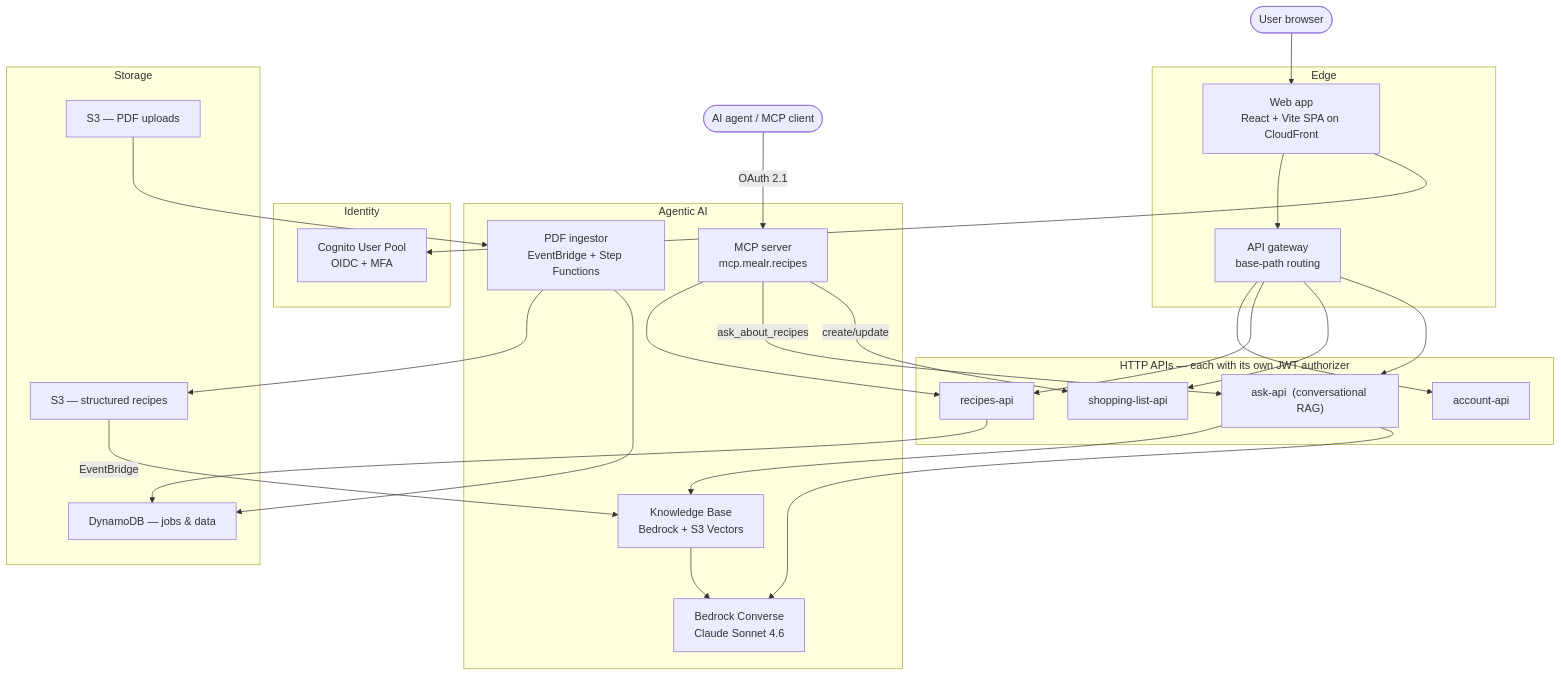
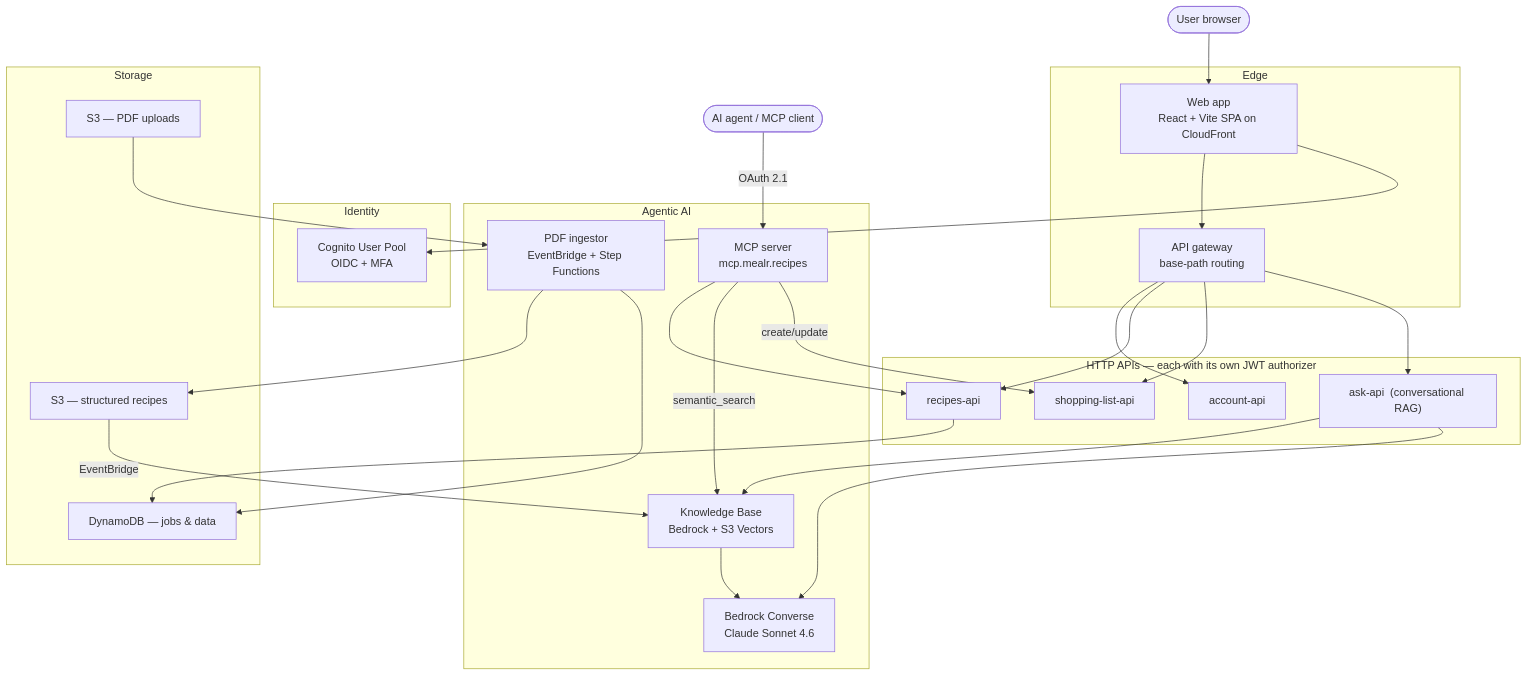
One commit to dbryant4/mealr-case-study changed the diagram in README.md. Above: the diagram before and after it, drawn with Mermaid. The commit also changed other lines of this file and 3 other files, not shown here.

Commit message:
v1.4.0 — Ask now agentic+streaming (Strands/SSE); MCP 2.0 semantic_search_recipes (retrieval-as-a-tool)

````diff
--- a/README.md
+++ b/README.md
@@ -72,49 +73,49 @@
 ```mermaid
 flowchart TB
   user(["User browser"])
 
   subgraph edge ["Edge"]
     web["Web app<br/>React + Vite SPA on CloudFront"]
     gw["API gateway<br/>base-path routing"]
   end
 
   subgraph identity ["Identity"]
     cognito["Cognito User Pool<br/>OIDC + MFA"]
   end
 
   subgraph apis ["HTTP APIs — each with its own JWT authorizer"]
     account["account-api"]
     recipes["recipes-api"]
     shopping["shopping-list-api"]
     ask["ask-api  (conversational RAG)"]
   end
 
   subgraph ai ["Agentic AI"]
     kb["Knowledge Base<br/>Bedrock + S3 Vectors"]
     bedrock["Bedrock Converse<br/>Claude Sonnet 4.6"]
     ingest["PDF ingestor<br/>EventBridge + Step Functions"]
     mcp["MCP server<br/>mcp.mealr.recipes"]
   end
 
   agent(["AI agent / MCP client"])
 
   subgraph data ["Storage"]
     s3in["S3 — PDF uploads"]
     s3out["S3 — structured recipes"]
     ddb["DynamoDB — jobs & data"]
   end
 
   user --> web --> gw
   web --> cognito
   gw --> account & recipes & shopping & ask
   s3in --> ingest --> s3out
   s3out -- EventBridge --> kb
   ask --> kb --> bedrock
   ask --> bedrock
   agent -- OAuth 2.1 --> mcp
   mcp --> recipes
-  mcp -- ask_about_recipes --> ask
+  mcp -- semantic_search --> kb
   mcp -- create/update --> shopping
   recipes --> ddb
   ingest --> ddb
 ```
````
